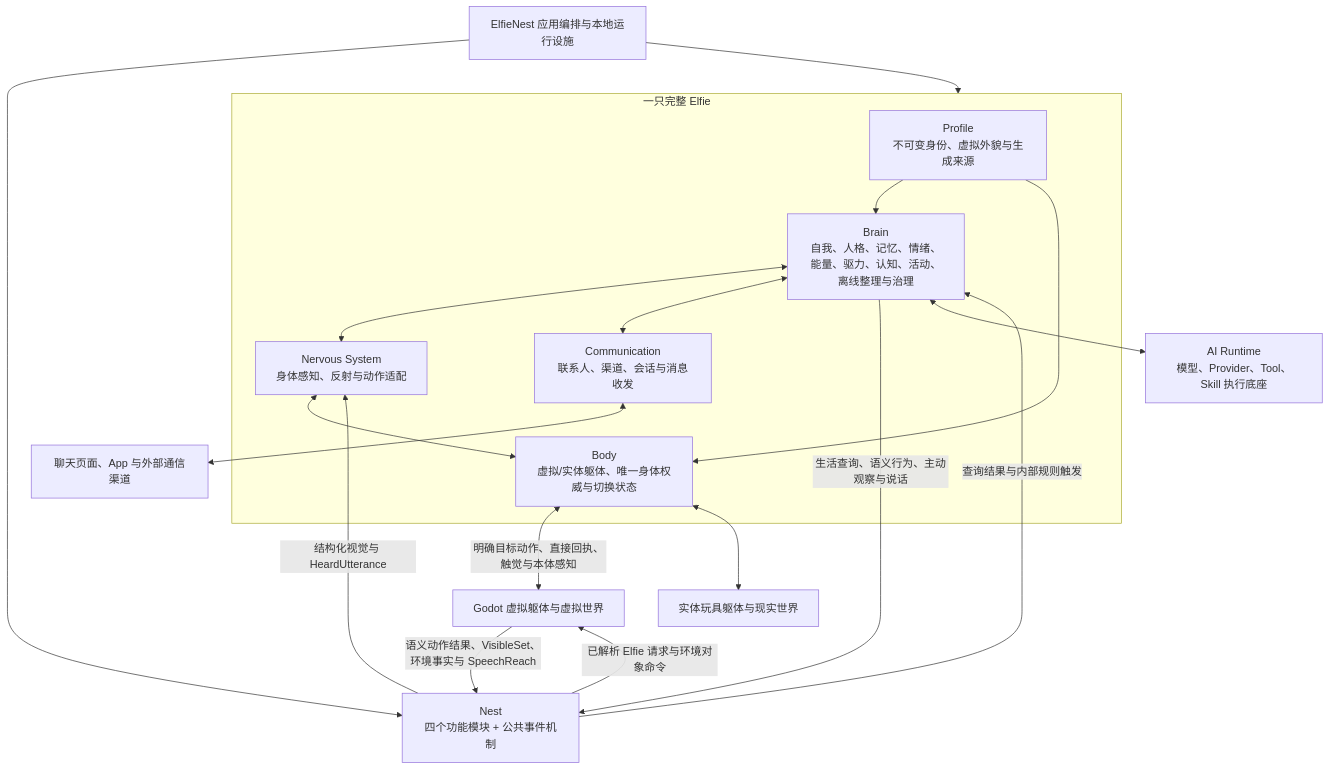
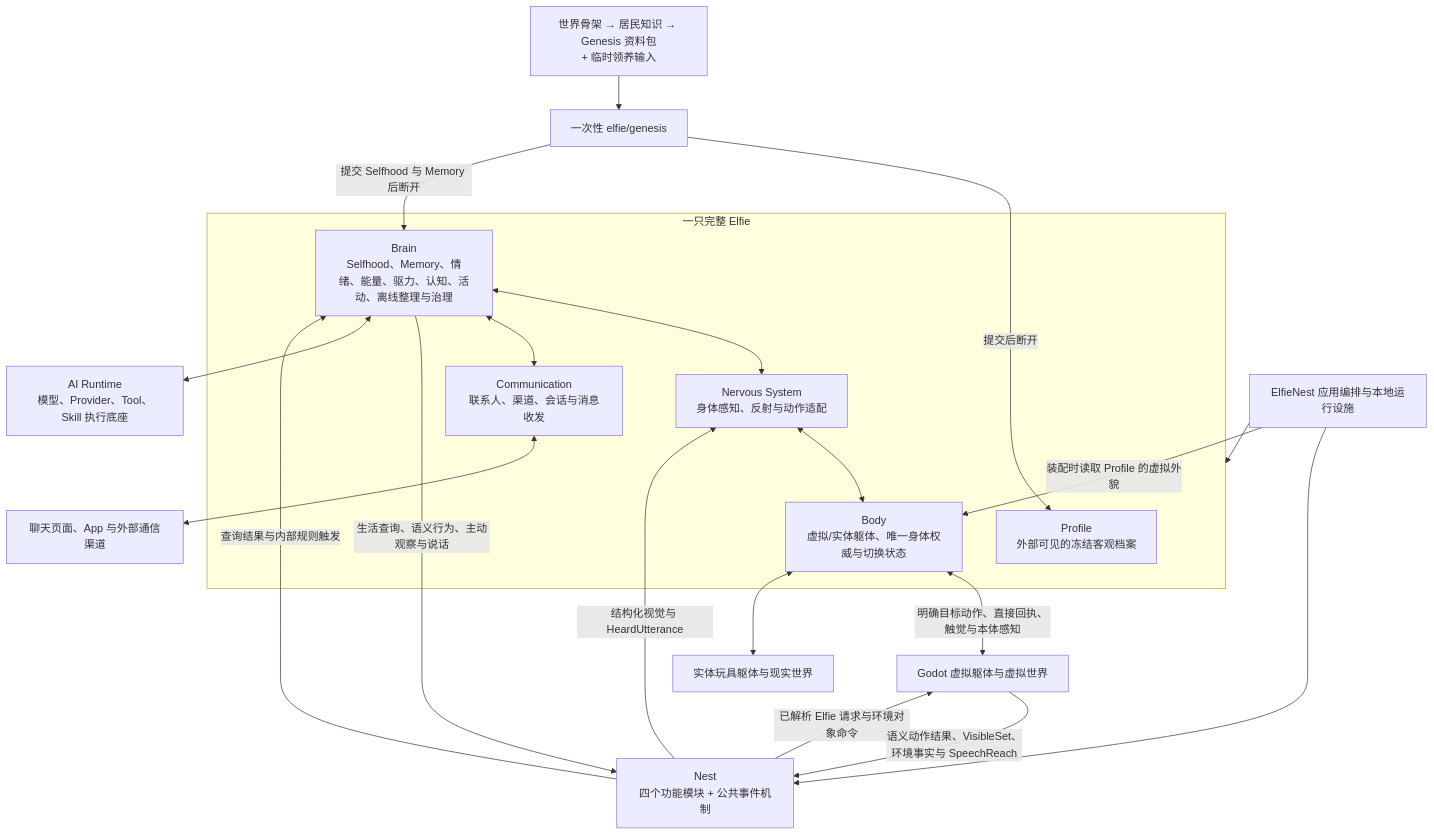
The third of 3 diagrams in docs/.internal/elfie-overall-story-and-functional-system.md (elfie-univ/ElfieNest), drawn with Mermaid before and after one commit. The commit also changed other lines of this file and 66 other files, not shown here.

Commit message:
docs(architecture): isolate genesis final-owner contracts

````diff
--- a/docs/.internal/elfie-overall-story-and-functional-system.md
+++ b/docs/.internal/elfie-overall-story-and-functional-system.md
@@ -524,28 +530,33 @@
 ```mermaid
 flowchart TB
     subgraph Elfie["一只完整 Elfie"]
-        Profile["Profile<br/>不可变身份、虚拟外貌与生成来源"]
-        Brain["Brain<br/>自我、人格、记忆、情绪、能量、驱力、认知、活动、离线整理与治理"]
+        Profile["Profile<br/>外部可见的冻结客观档案"]
+        Brain["Brain<br/>Selfhood、Memory、情绪、能量、驱力、认知、活动、离线整理与治理"]
         Nervous["Nervous System<br/>身体感知、反射与动作适配"]
         Comm["Communication<br/>联系人、渠道、会话与消息收发"]
         Body["Body<br/>虚拟/实体躯体、唯一身体权威与切换状态"]
-        Profile --> Brain
-        Profile --> Body
         Brain <--> Nervous
         Brain <--> Comm
         Nervous <--> Body
     end
 
     NestCore["Nest<br/>四个功能模块 + 公共事件机制"]
     Brain -->|"生活查询、语义行为、主动观察与说话"| NestCore
     NestCore -->|"查询结果与内部规则触发"| Brain
     NestCore -->|"结构化视觉与 HeardUtterance"| Nervous
     NestCore -->|"已解析 Elfie 请求与环境对象命令"| VirtualBody["Godot 虚拟躯体与虚拟世界"]
     VirtualBody -->|"语义动作结果、VisibleSet、环境事实与 SpeechReach"| NestCore
     Body <-->|"明确目标动作、直接回执、触觉与本体感知"| VirtualBody
     Body <--> PhysicalBody["实体玩具躯体与现实世界"]
     Brain <--> AIRuntime["AI Runtime<br/>模型、Provider、Tool、Skill 执行底座"]
     Comm <--> Channels["聊天页面、App 与外部通信渠道"]
     Host["ElfieNest 应用编排与本地运行设施"] --> Elfie
     Host --> NestCore
+    Host -->|"装配时读取 Profile 的虚拟外貌"| Body
+
+    Sources["世界骨架 → 居民知识 → Genesis 资料包<br/>+ 临时领养输入"]
+    Genesis["一次性 elfie/genesis"]
+    Sources --> Genesis
+    Genesis -->|"提交后断开"| Profile
+    Genesis -->|"提交 Selfhood 与 Memory 后断开"| Brain
 ```
````
